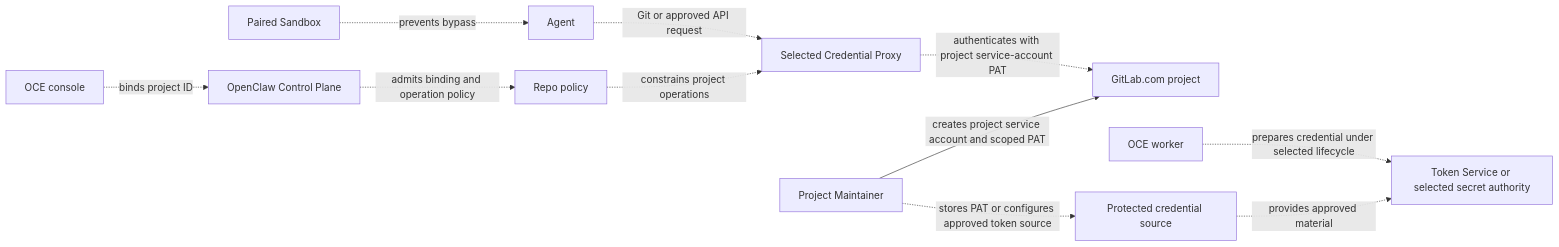
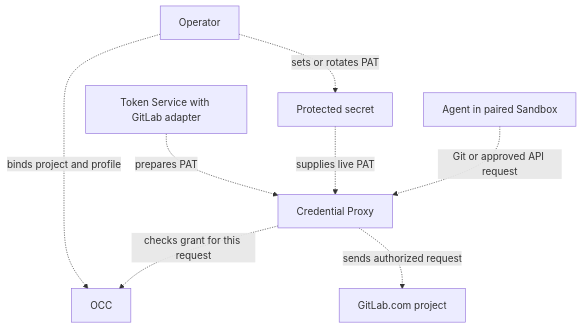
The diagram in specs/rfcs/0024-gitlab-repository-credentials.md (cooktheryan/openclaw-enterprise), drawn with Mermaid before and after one commit. The commit also changed other lines of this file and 1 other file, not shown here.

Commit message:
docs: define GitLab credential use and draft merge request recovery

````diff
--- a/specs/rfcs/0024-gitlab-repository-credentials.md
+++ b/specs/rfcs/0024-gitlab-repository-credentials.md
@@ -84,13 +83,10 @@
 ```mermaid
-flowchart LR
-    Operator[Project Maintainer] -->|creates project service account and scoped PAT| GitLab[GitLab.com project]
-    Operator -.->|stores PAT or configures approved token source| Source[Protected credential source]
-    Console[OCE console] -.->|binds project ID| OCC[OpenClaw Control Plane]
-    OCC -.->|admits binding and operation policy| Policy[Repo policy]
-    Source -.->|provides approved material| TokenService[Token Service or selected secret authority]
-    Worker[OCE worker] -.->|prepares credential under selected lifecycle| TokenService
-    Policy -.->|constrains project operations| Proxy[Selected Credential Proxy]
-    Sandbox[Paired Sandbox] -.->|prevents bypass| Agent[Agent]
-    Agent -.->|Git or approved API request| Proxy
-    Proxy -.->|authenticates with project service-account PAT| GitLab
+flowchart TB
+    Operator[Operator] -.->|binds project and profile| OCC[OCC]
+    Operator -.->|sets or rotates PAT| Secret[Protected secret]
+    Source[Token Service with GitLab adapter] -.->|prepares PAT| Proxy[Credential Proxy]
+    Secret -.->|supplies live PAT| Proxy
+    Agent[Agent in paired Sandbox] -.->|Git or approved API request| Proxy
+    Proxy -.->|checks grant for this request| OCC
+    Proxy -.->|sends authorized request| GitLab[GitLab.com project]
 ```
````
